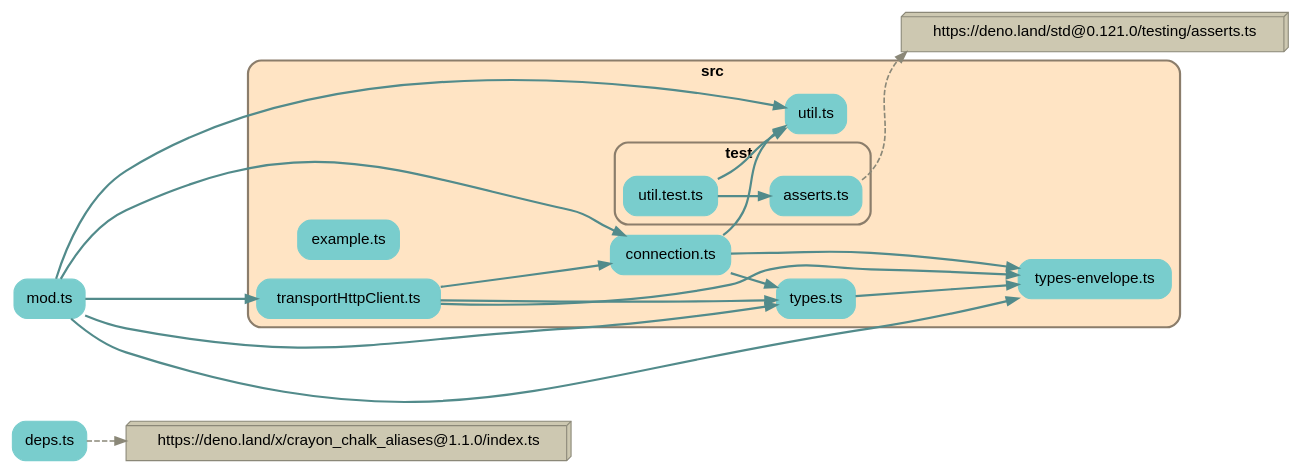
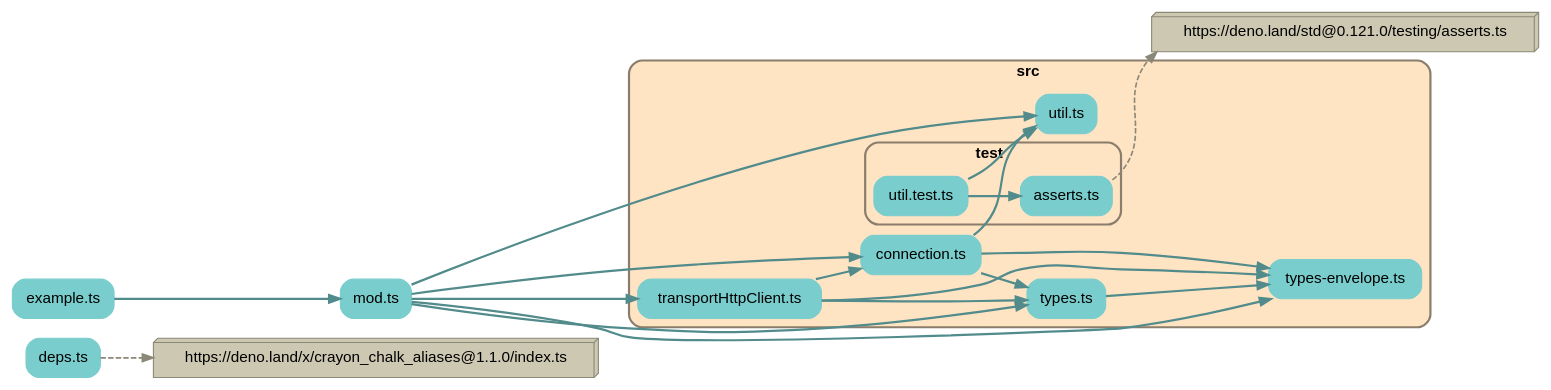
The diagram in depchart/depchart-full.dot (earthstar-project/earthstar-streaming-rpc), drawn with Graphviz before and after one commit. The commit also changed 7 other files, not shown here.

Commit message:
move example.ts out of src/; update depchart

```diff
--- a/depchart/depchart-full.dot
+++ b/depchart/depchart-full.dot
@@ -1,67 +1,68 @@
 
 digraph G {
     //splines=line;
     //splines=polyline;
     splines=true;
     rankdir=LR;
     //newrank=true;
     compound=true;
     graph [fontname = "helvetica"];  // dpi=72
     node [fontname = "helvetica"];
     edge [fontname = "helvetica"];
     
     // files in their folder clusters
         "deps.ts" [label="deps.ts", shape=rectangle; style="rounded,filled"; color=darkslategray3];
+        "example.ts" [label="example.ts", shape=rectangle; style="rounded,filled"; color=darkslategray3];
         "mod.ts" [label="mod.ts", shape=rectangle; style="rounded,filled"; color=darkslategray3];
 
-        subgraph cluster476466255 {
+        subgraph cluster9990352566 {
             label=<<b>src</b>>;
             style="rounded,filled";
             fillcolor=bisque;
             color=bisque4;
             penwidth=2;
                     
             "src/connection.ts" [label="connection.ts", shape=rectangle; style="rounded,filled"; color=darkslategray3];
-            "src/example.ts" [label="example.ts", shape=rectangle; style="rounded,filled"; color=darkslategray3];
             "src/transportHttpClient.ts" [label="transportHttpClient.ts", shape=rectangle; style="rounded,filled"; color=darkslategray3];
             "src/types-envelope.ts" [label="types-envelope.ts", shape=rectangle; style="rounded,filled"; color=darkslategray3];
             "src/types.ts" [label="types.ts", shape=rectangle; style="rounded,filled"; color=darkslategray3];
             "src/util.ts" [label="util.ts", shape=rectangle; style="rounded,filled"; color=darkslategray3];
     
-            subgraph cluster4646860805 {
+            subgraph cluster1270671271 {
                 label=<<b>test</b>>;
                 style="rounded,filled";
                 fillcolor=bisque;
                 color=bisque4;
                 penwidth=2;
                         
                 "src/test/asserts.ts" [label="asserts.ts", shape=rectangle; style="rounded,filled"; color=darkslategray3];
                 "src/test/util.test.ts" [label="util.test.ts", shape=rectangle; style="rounded,filled"; color=darkslategray3];
             }
         }
 
     // packages not in their own cluster
         "https://deno.land/x/crayon_chalk_aliases@1.1.0/index.ts" [shape=box3d, style=filled, fillcolor=cornsilk3, color=cornsilk4];
         "https://deno.land/std@0.121.0/testing/asserts.ts" [shape=box3d, style=filled, fillcolor=cornsilk3, color=cornsilk4];
 
     // edges between files
+    "example.ts" -> "mod.ts" [penwidth=2; color=darkslategray4];
     "mod.ts" -> "src/types-envelope.ts" [penwidth=2; color=darkslategray4];
     "mod.ts" -> "src/types.ts" [penwidth=2; color=darkslategray4];
     "mod.ts" -> "src/util.ts" [penwidth=2; color=darkslategray4];
     "mod.ts" -> "src/transportHttpClient.ts" [penwidth=2; color=darkslategray4];
     "mod.ts" -> "src/connection.ts" [penwidth=2; color=darkslategray4];
     "src/connection.ts" -> "src/types.ts" [penwidth=2; color=darkslategray4];
     "src/connection.ts" -> "src/types-envelope.ts" [penwidth=2; color=darkslategray4];
     "src/connection.ts" -> "src/util.ts" [penwidth=2; color=darkslategray4];
     "src/test/util.test.ts" -> "src/test/asserts.ts" [penwidth=2; color=darkslategray4];
     "src/test/util.test.ts" -> "src/util.ts" [penwidth=2; color=darkslategray4];
     "src/transportHttpClient.ts" -> "src/types.ts" [penwidth=2; color=darkslategray4];
     "src/transportHttpClient.ts" -> "src/types-envelope.ts" [penwidth=2; color=darkslategray4];
     "src/transportHttpClient.ts" -> "src/connection.ts" [penwidth=2; color=darkslategray4];
     "src/types.ts" -> "src/types-envelope.ts" [penwidth=2; color=darkslategray4];
 
     // edges from files to packages
     "deps.ts" -> "https://deno.land/x/crayon_chalk_aliases@1.1.0/index.ts" [penwidth=1.5; style=dashed, color=cornsilk4, weight=1];
     "src/test/asserts.ts" -> "https://deno.land/std@0.121.0/testing/asserts.ts" [penwidth=1.5; style=dashed, color=cornsilk4, weight=1];
 
 }
```
